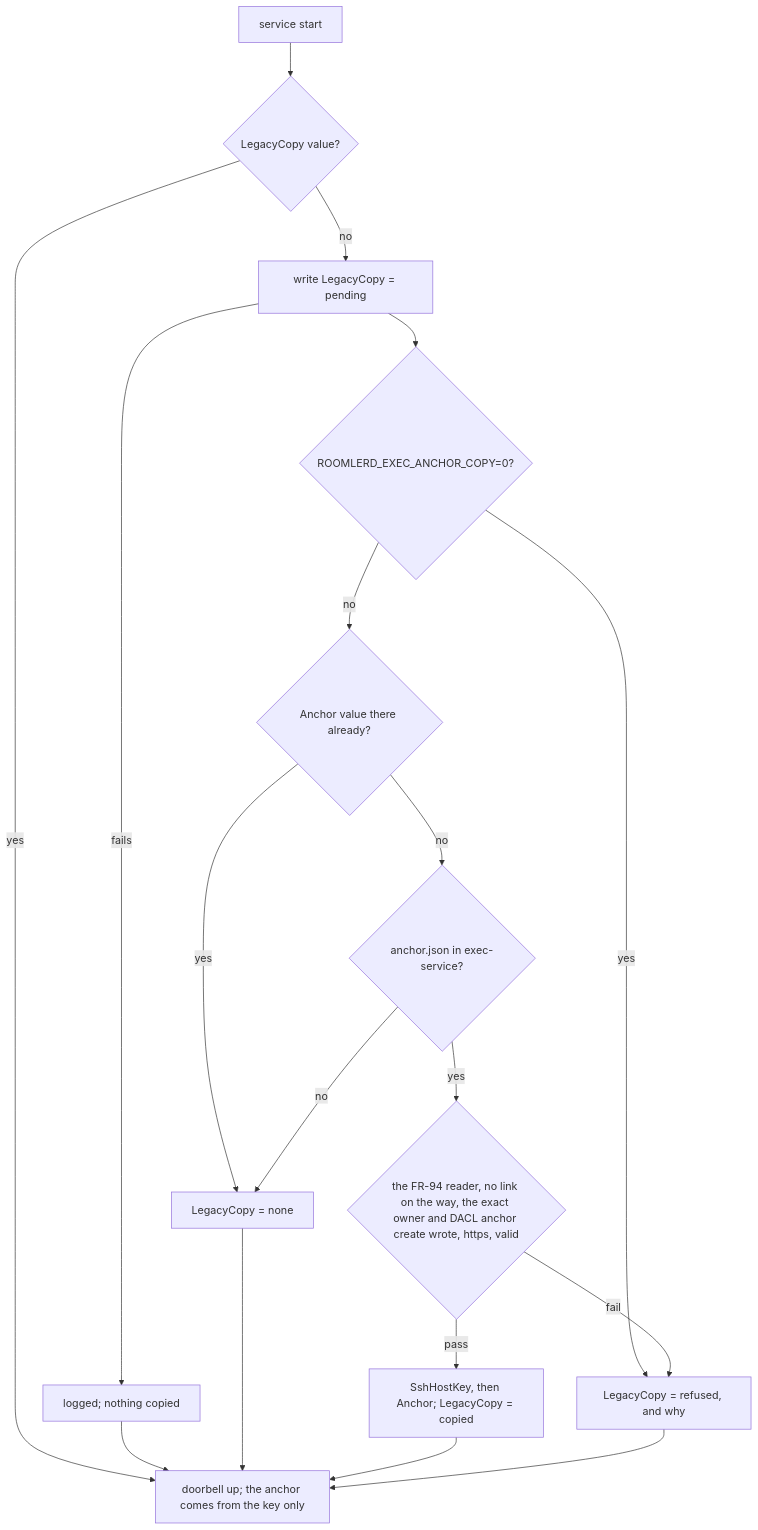
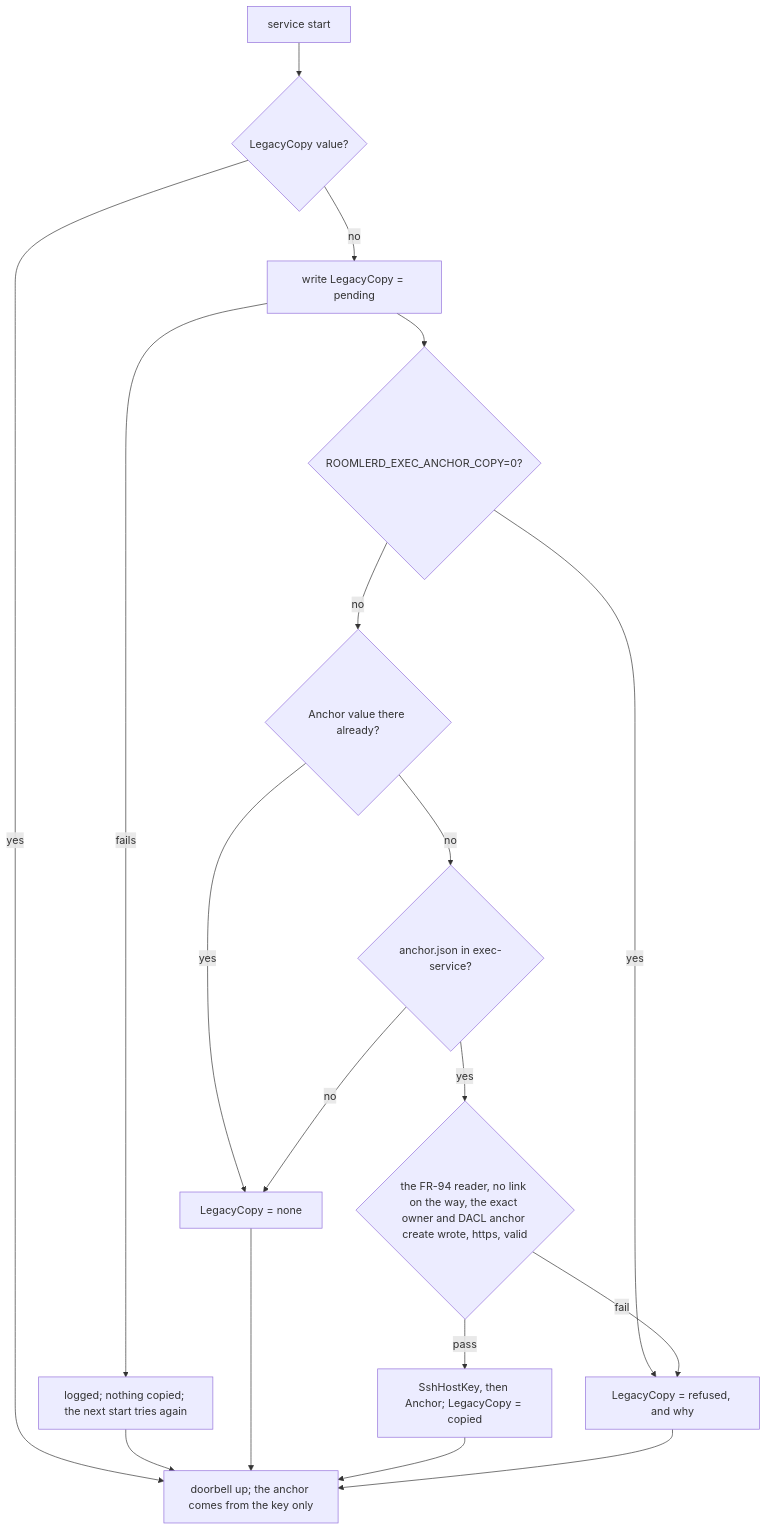
One commit to gjovanov/roomler-ai changed the second of 5 diagrams in docs/fleet-rpc.md. Above: the diagram before and after it, drawn with Mermaid. The commit also changed other lines of this file and 2 other files, not shown here.

````diff
--- a/docs/fleet-rpc.md
+++ b/docs/fleet-rpc.md
@@ -258,16 +273,16 @@
 ```mermaid
 flowchart TD
   S[service start] --> M{LegacyCopy value?}
   M -- yes --> D[doorbell up; the anchor comes from the key only]
   M -- no --> W[write LegacyCopy = pending]
-  W -- fails --> F[logged; nothing copied] --> D
+  W -- fails --> F[logged; nothing copied; the next start tries again] --> D
   W --> K{"ROOMLERD_EXEC_ANCHOR_COPY=0?"}
   K -- yes --> R
   K -- no --> A{Anchor value there already?}
   A -- yes --> N[LegacyCopy = none] --> D
   A -- no --> L{anchor.json in exec-service?}
   L -- no --> N
   L -- yes --> V{"the FR-94 reader, no link on the way, the exact owner and DACL anchor create wrote, https, valid"}
   V -- pass --> C[SshHostKey, then Anchor; LegacyCopy = copied] --> D
   V -- fail --> R[LegacyCopy = refused, and why] --> D
 ```
````
